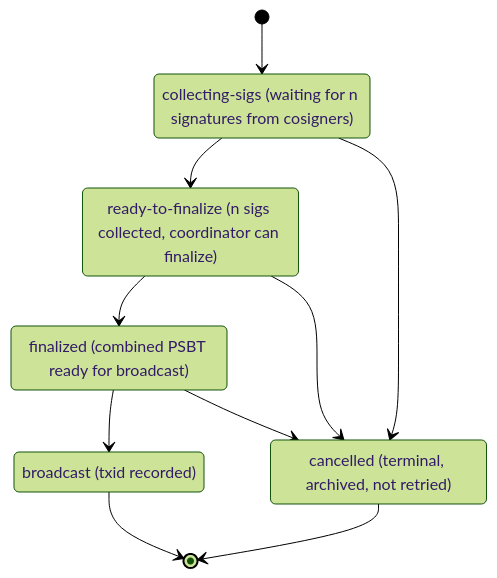
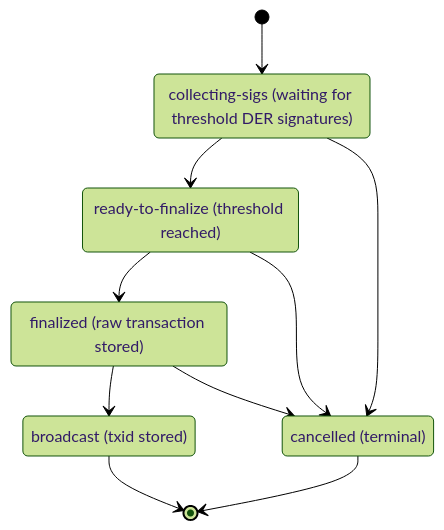
Before and after one commit to XChain-Platform/xchain-documentation: the second of 3 diagrams in components/wallet/multisig.md, drawn with Mermaid (forest theme). The commit also changed other lines of this file, not shown here.

````diff
--- a/components/wallet/multisig.md
+++ b/components/wallet/multisig.md
@@ -82,19 +102,19 @@
 ```mermaid
 stateDiagram-v2
     [*] --> collecting_sigs
-    collecting_sigs: collecting-sigs (waiting for n signatures from cosigners)
-    ready_to_finalize: ready-to-finalize (n sigs collected, coordinator can finalize)
-    finalized: finalized (combined PSBT ready for broadcast)
-    broadcast: broadcast (txid recorded)
-    cancelled: cancelled (terminal, archived, not retried)
+    collecting_sigs: collecting-sigs (waiting for threshold DER signatures)
+    ready_to_finalize: ready-to-finalize (threshold reached)
+    finalized: finalized (raw transaction stored)
+    broadcast: broadcast (txid stored)
+    cancelled: cancelled (terminal)
 
     collecting_sigs --> ready_to_finalize
     ready_to_finalize --> finalized
     finalized --> broadcast
     broadcast --> [*]
 
     collecting_sigs --> cancelled
     ready_to_finalize --> cancelled
     finalized --> cancelled
     cancelled --> [*]
 ```
````
